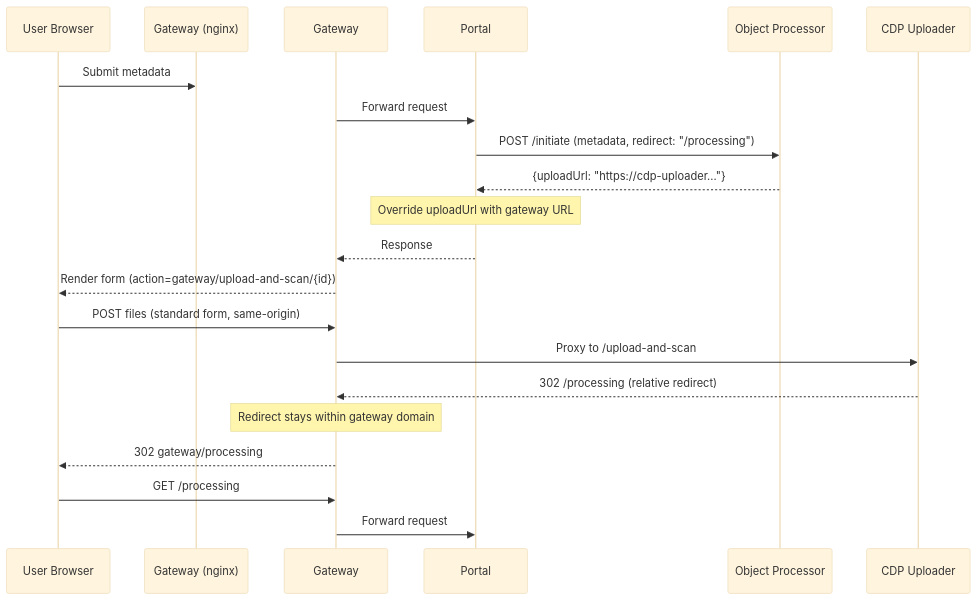
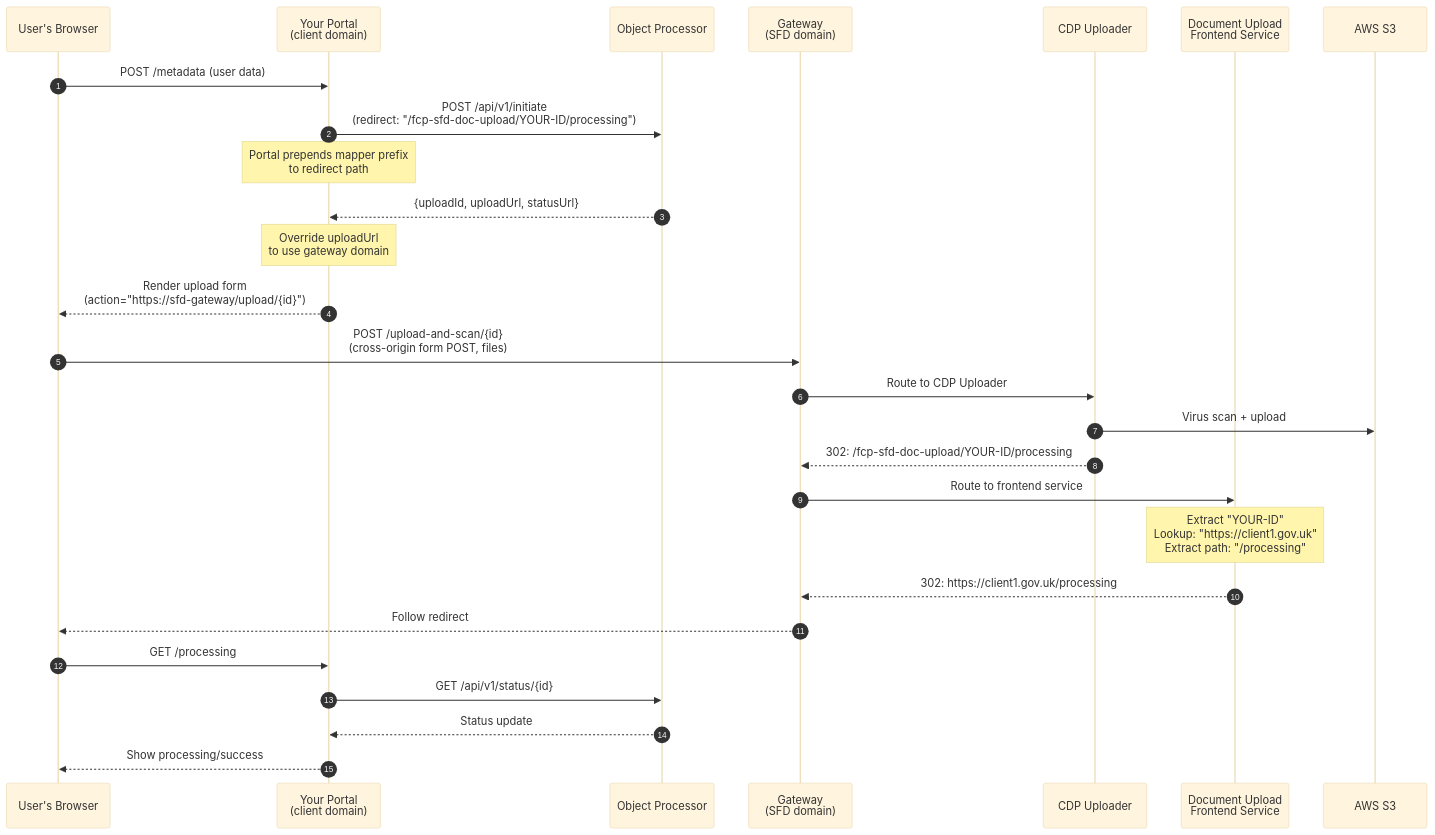
Before and after one commit to DEFRA/fcp-sfd-portal-stub: the second of 3 diagrams in README.md, drawn with Mermaid (base theme). The commit also changed other lines of this file and 38 other files, not shown here.

Commit message:
Add Frontend redirect (#4)

````diff
--- a/README.md
+++ b/README.md
@@ -224,17 +271,33 @@
 ```mermaid
 sequenceDiagram
-    User Browser->>Gateway (nginx): Submit metadata
-    Gateway->>Portal: Forward request
-    Portal->>Object Processor: POST /initiate (metadata, redirect: "/processing")
-    Object Processor-->>Portal: {uploadUrl: "https://cdp-uploader..."}
-    Note over Portal: Override uploadUrl with gateway URL
-    Portal-->>Gateway: Response
-    Gateway-->>User Browser: Render form (action=gateway/upload-and-scan/{id})
-    User Browser->>Gateway: POST files (standard form, same-origin)
-    Gateway->>CDP Uploader: Proxy to /upload-and-scan
-    CDP Uploader-->>Gateway: 302 /processing (relative redirect)
-    Note over Gateway: Redirect stays within gateway domain
-    Gateway-->>User Browser: 302 gateway/processing
-    User Browser->>Gateway: GET /processing
-    Gateway->>Portal: Forward request
+    autonumber
+    participant Browser as User's Browser
+    participant Portal as Your Portal<br/>(client domain)
+    participant Processor as Object Processor
+    participant Gateway as Gateway<br/>(SFD domain)
+    participant Uploader as CDP Uploader
+    participant Frontend as Document Upload<br/>Frontend Service
+    participant S3 as AWS S3
+
+    Browser->>Portal: POST /metadata (user data)
+    Portal->>Processor: POST /api/v1/initiate<br/>(redirect: "/fcp-sfd-doc-upload/YOUR-ID/processing")
+    Note over Portal: Portal prepends mapper prefix<br/>to redirect path
+    Processor-->>Portal: {uploadId, uploadUrl, statusUrl}
+    Note over Portal: Override uploadUrl<br/>to use gateway domain
+    Portal-->>Browser: Render upload form<br/>(action="https://sfd-gateway/upload/{id}")
+    
+    Browser->>Gateway: POST /upload-and-scan/{id}<br/>(cross-origin form POST, files)
+    Gateway->>Uploader: Route to CDP Uploader
+    Uploader->>S3: Virus scan + upload
+    Uploader-->>Gateway: 302: /fcp-sfd-doc-upload/YOUR-ID/processing
+    
+    Gateway->>Frontend: Route to frontend service
+    Note over Frontend: Extract "YOUR-ID"<br/>Lookup: "https://client1.gov.uk"<br/>Extract path: "/processing"
+    Frontend-->>Gateway: 302: https://client1.gov.uk/processing
+    Gateway-->>Browser: Follow redirect
+    
+    Browser->>Portal: GET /processing
+    Portal->>Processor: GET /api/v1/status/{id}
+    Processor-->>Portal: Status update
+    Portal-->>Browser: Show processing/success
 ```
````
